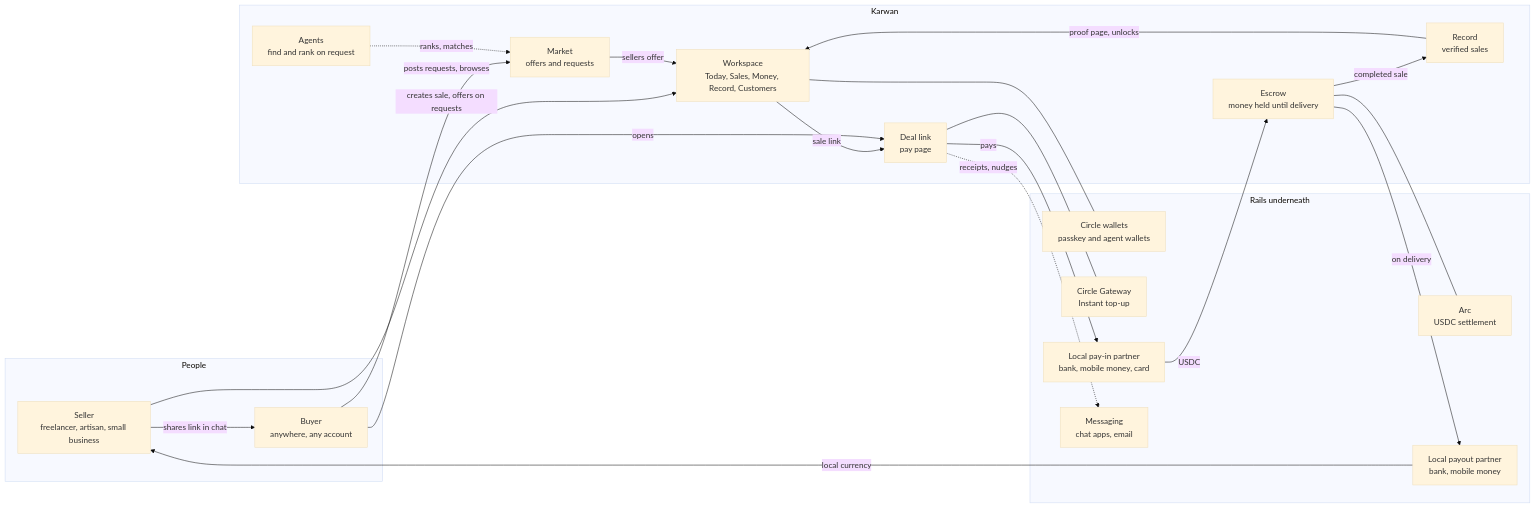
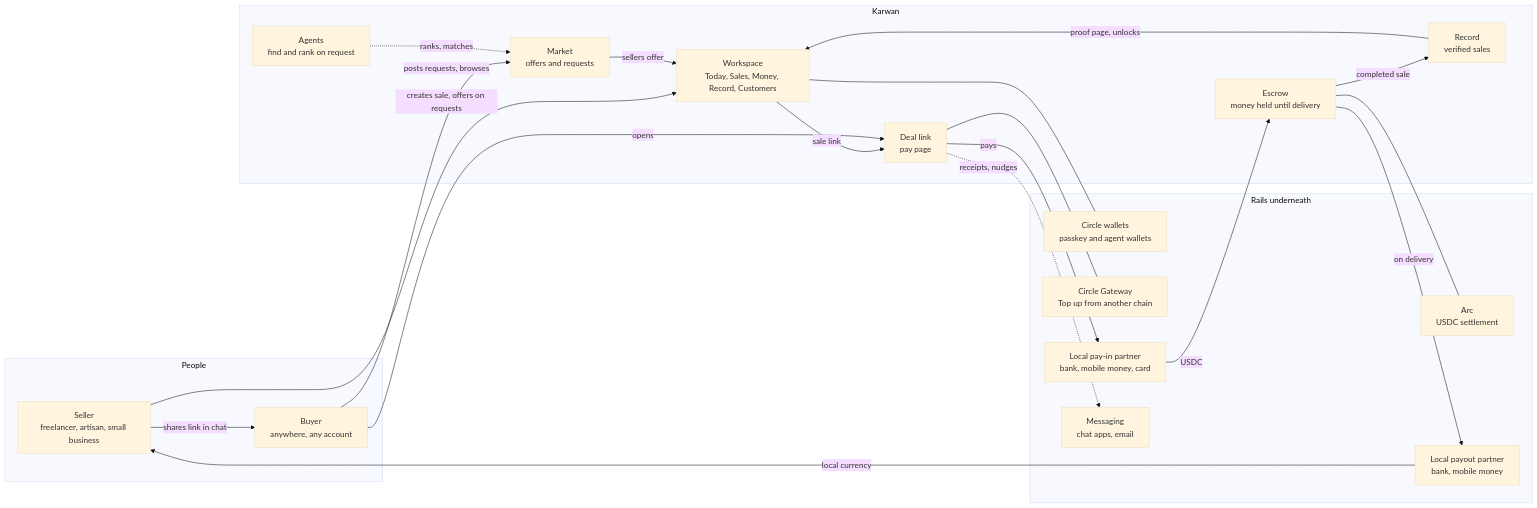
Before and after one commit to Iziedking/Karwan: the first of 2 diagrams in docs/architecture/01-workspace.md, drawn with Mermaid (base theme). The commit also changed 29 other files, not shown here.

Commit message:
fix(ui): every page names itself in the tab, and the copy promises nothing that is not live: no card, bank or USSD rows, no instant top-up, no dollar bands, no audited console

````diff
--- a/docs/architecture/01-workspace.md
+++ b/docs/architecture/01-workspace.md
@@ -7,43 +7,43 @@
 ```mermaid
 flowchart LR
   subgraph People
     S[Seller<br/>freelancer, artisan, small business]
     B[Buyer<br/>anywhere, any account]
   end
 
   subgraph Karwan
     W[Workspace<br/>Today, Sales, Money, Record, Customers]
     L[Deal link<br/>pay page]
     M[Market<br/>offers and requests]
     E[Escrow<br/>money held until delivery]
     R[Record<br/>verified sales]
     A[Agents<br/>find and rank on request]
   end
 
   subgraph Rails[Rails underneath]
     Arc[Arc<br/>USDC settlement]
     CW[Circle wallets<br/>passkey and agent wallets]
-    GW[Circle Gateway<br/>Instant top-up]
+    GW[Circle Gateway<br/>Top up from another chain]
     IN[Local pay-in partner<br/>bank, mobile money, card]
     OUT[Local payout partner<br/>bank, mobile money]
     MSG[Messaging<br/>chat apps, email]
   end
 
   S -- creates sale, offers on requests --> W
   W -- sale link --> L
   S -- shares link in chat --> B
   B -- opens --> L
   B -- posts requests, browses --> M
   M -- sellers offer --> W
   L -- pays --> IN
   IN -- USDC --> E
   E -- on delivery --> OUT
   OUT -- local currency --> S
   E -- completed sale --> R
   R -- proof page, unlocks --> W
   A -. ranks, matches .-> M
   E --- Arc
   W --- CW
   L --- GW
   L -. receipts, nudges .-> MSG
 ```
````
